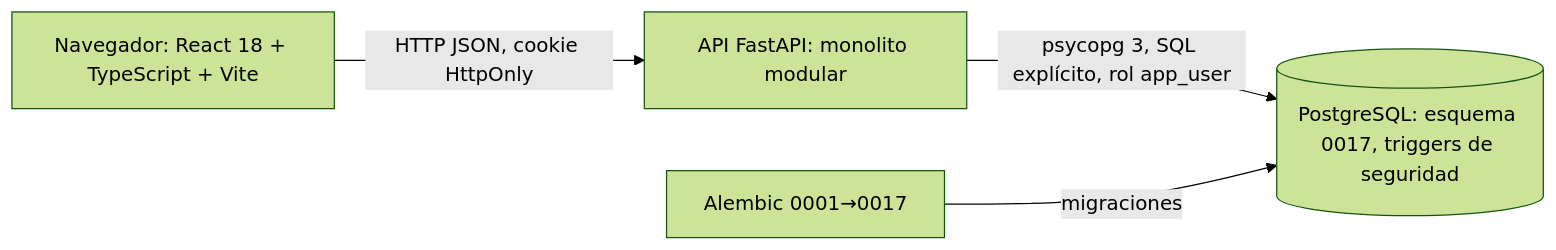
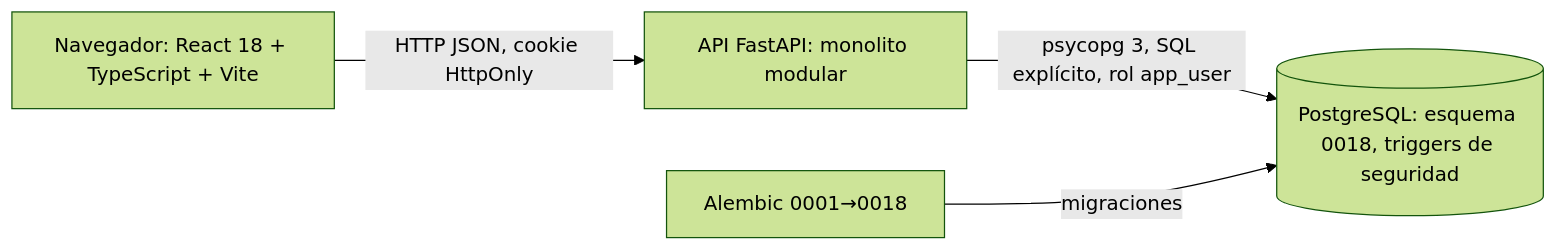
Before and after one commit to maxtrosy/internship-lifecycle-platform: the second of 3 diagrams in evaluacion-4/docs/arquitectura-y-adrs/arquitectura-final.md, drawn with Mermaid (forest theme). The commit also changed other lines of this file and 33 other files, not shown here.

````diff
--- a/evaluacion-4/docs/arquitectura-y-adrs/arquitectura-final.md
+++ b/evaluacion-4/docs/arquitectura-y-adrs/arquitectura-final.md
@@ -23,6 +23,6 @@
 ```mermaid
 flowchart LR
   B[Navegador: React 18 + TypeScript + Vite] -->|HTTP JSON, cookie HttpOnly| A[API FastAPI: monolito modular]
-  A -->|psycopg 3, SQL explícito, rol app_user| P[(PostgreSQL: esquema 0017, triggers de seguridad)]
-  M[Alembic 0001→0017] -->|migraciones| P
+  A -->|psycopg 3, SQL explícito, rol app_user| P[(PostgreSQL: esquema 0018, triggers de seguridad)]
+  M[Alembic 0001→0018] -->|migraciones| P
 ```
````
